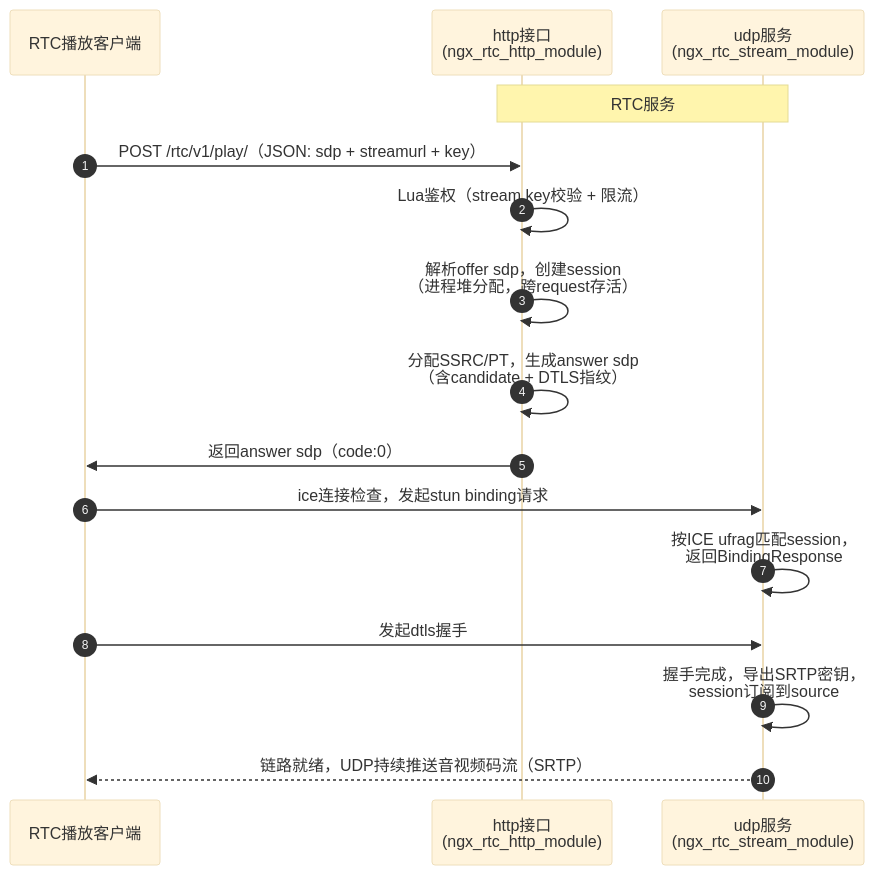
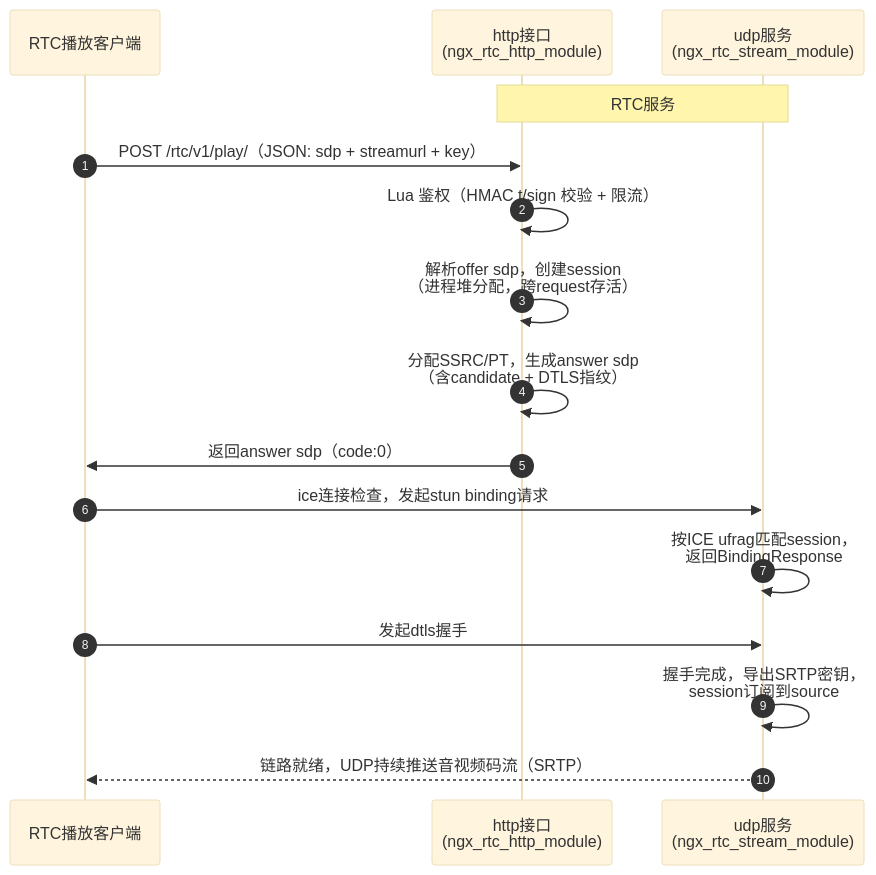
One commit to DeguiLiu/nginx-rtc-example changed the seventh of 8 diagrams in docs/在Nginx里做WebRTC低延迟直播.md. Above: the diagram before and after it, drawn with Mermaid. The commit also changed other lines of this file and 27 other files, not shown here.

````diff
--- a/docs/在Nginx里做WebRTC低延迟直播.md
+++ b/docs/在Nginx里做WebRTC低延迟直播.md
@@ -240,20 +240,20 @@
 ```mermaid
 %%{init: {"theme": "base", "sequence": {"actorBkg": "#e0e7ff", "actorBorder": "#4338ca", "noteBkgColor": "#fef9c3", "noteBorderColor": "#ca8a04"}, "themeVariables": {"fontSize": "15px"}}}%%
 sequenceDiagram
     autonumber
     participant C as RTC播放客户端
     participant H as http接口<br/>(ngx_rtc_http_module)
     participant U as udp服务<br/>(ngx_rtc_stream_module)
 
     Note over H,U: RTC服务
     C->>H: POST /rtc/v1/play/（JSON: sdp + streamurl + key）
-    H->>H: Lua鉴权（stream key校验 + 限流）
+    H->>H: Lua 鉴权（HMAC t/sign 校验 + 限流）
     H->>H: 解析offer sdp，创建session<br/>（进程堆分配，跨request存活）
     H->>H: 分配SSRC/PT，生成answer sdp<br/>（含candidate + DTLS指纹）
     H->>C: 返回answer sdp（code:0）
     C->>U: ice连接检查，发起stun binding请求
     U->>U: 按ICE ufrag匹配session，<br/>返回BindingResponse
     C->>U: 发起dtls握手
     U->>U: 握手完成，导出SRTP密钥，<br/>session订阅到source
     U-->>C: 链路就绪，UDP持续推送音视频码流（SRTP）
 ```
````
